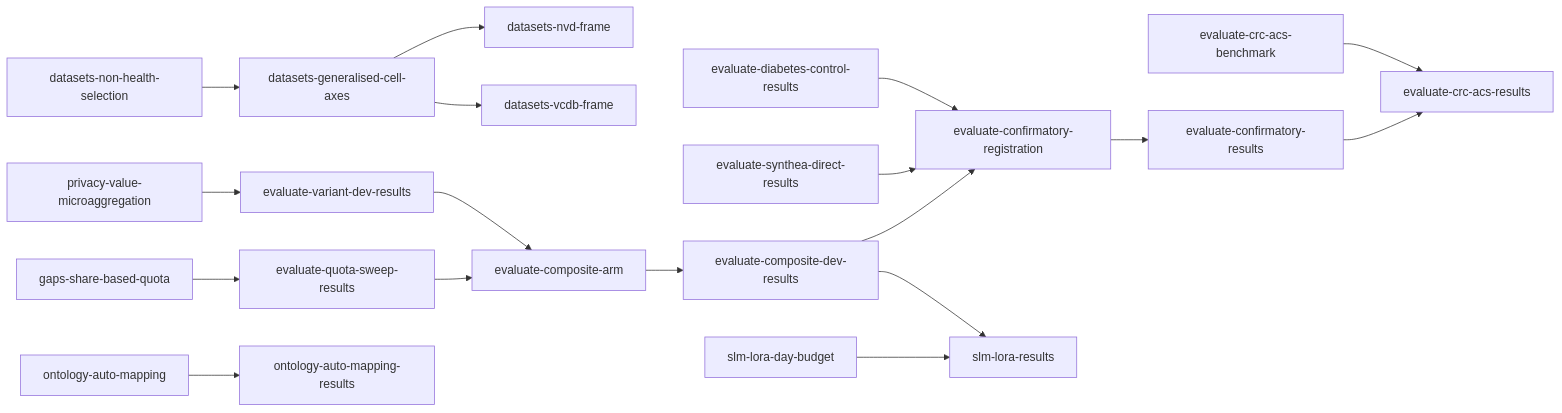
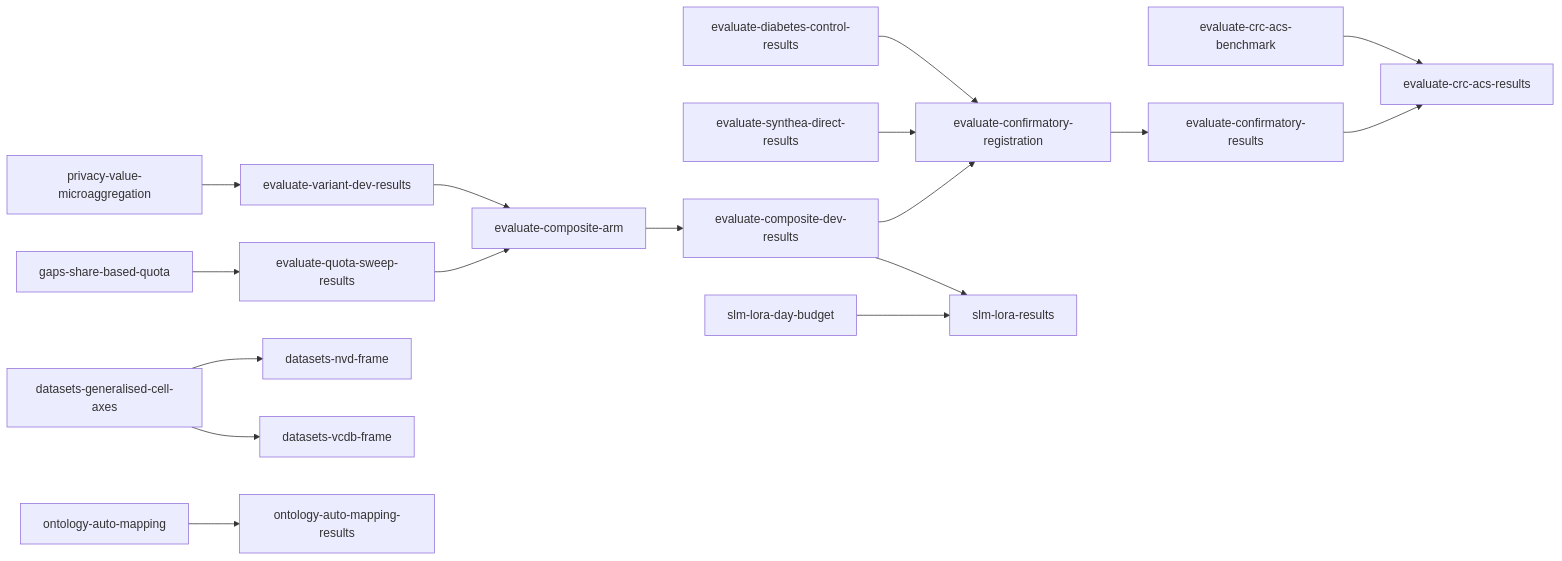
The diagram in tasks/direct-index.md (joe-dartmouth/synthetic), drawn with Mermaid before and after one commit. The commit also changed other lines of this file and 2 other files, not shown here.

Commit message:
Retire datasets-non-health-selection and ready the cell-axes unit

````diff
--- a/tasks/direct-index.md
+++ b/tasks/direct-index.md
@@ -64,20 +63,19 @@
 ```mermaid
 flowchart LR
     u16[privacy-value-microaggregation] --> u19[evaluate-variant-dev-results]
     u20[gaps-share-based-quota] --> u21[evaluate-quota-sweep-results]
-    u49[datasets-non-health-selection] --> u50[datasets-generalised-cell-axes]
-    u50 --> u52[datasets-nvd-frame]
+    u50[datasets-generalised-cell-axes] --> u52[datasets-nvd-frame]
     u50 --> u53[datasets-vcdb-frame]
     u19 --> u28[evaluate-composite-arm]
     u21 --> u28
     u28 --> u29[evaluate-composite-dev-results]
     u7[evaluate-diabetes-control-results] --> u30[evaluate-confirmatory-registration]
     u8[evaluate-synthea-direct-results] --> u30
     u29 --> u30
     u30 --> u31[evaluate-confirmatory-results]
     u41[evaluate-crc-acs-benchmark] --> u42[evaluate-crc-acs-results]
     u31 --> u42
     u32[ontology-auto-mapping] --> u33[ontology-auto-mapping-results]
     u29 --> u36[slm-lora-results]
     u51[slm-lora-day-budget] --> u36
 ```
````
